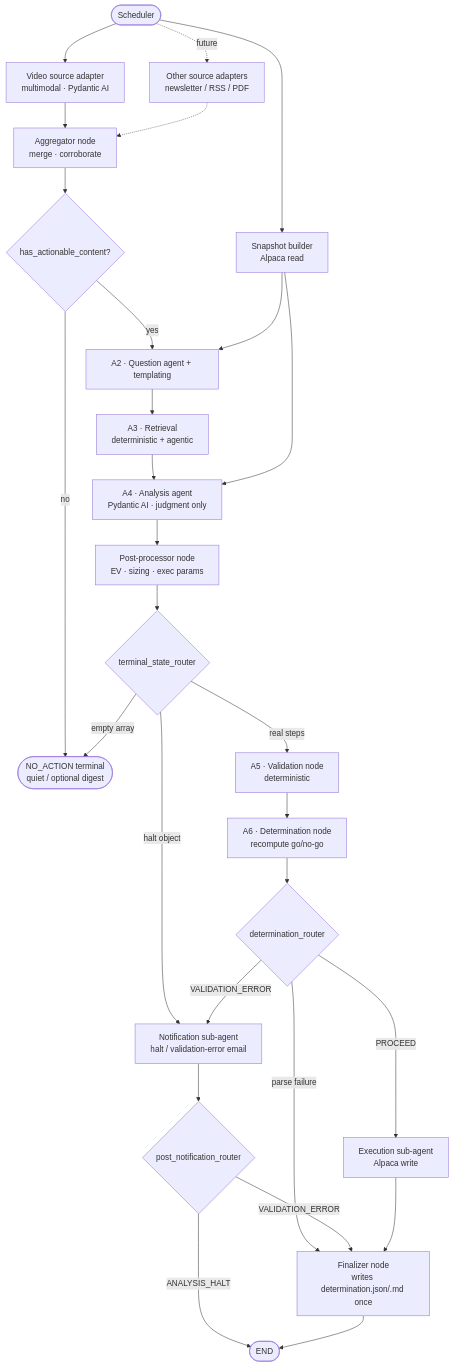
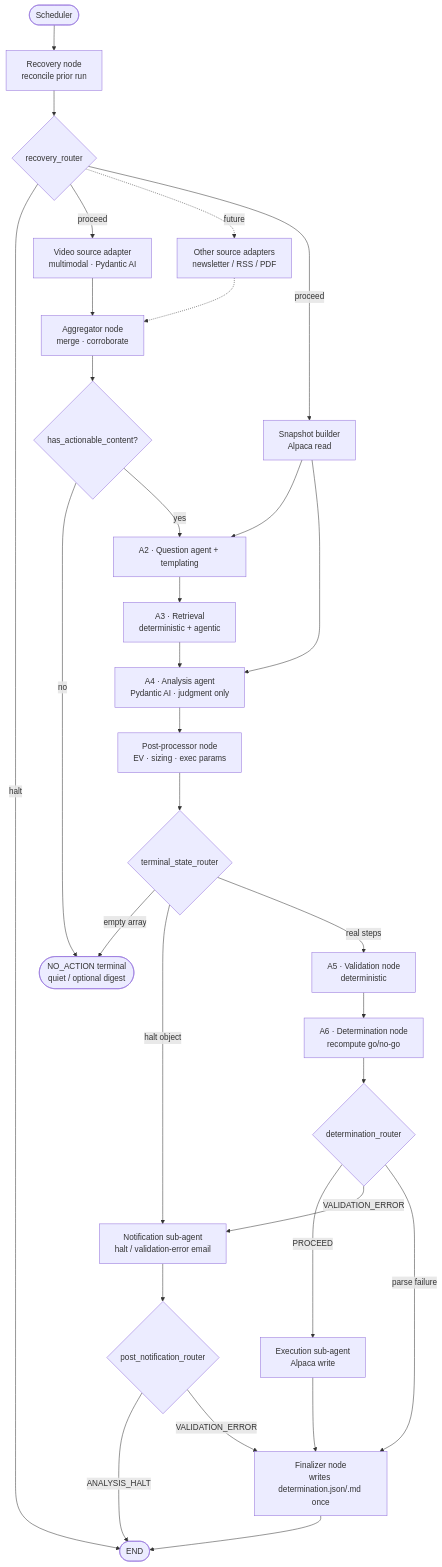
The diagram in docs/architecture.md (56kyle/money-pit), drawn with Mermaid before and after one commit. The commit also changed other lines of this file and 5 other files, not shown here.

````diff
--- a/docs/architecture.md
+++ b/docs/architecture.md
@@ -96,30 +96,33 @@
 ```mermaid
 flowchart TD
-    SCH([Scheduler]) --> VID[Video source adapter<br/>multimodal · Pydantic AI]
-    SCH -.future.-> SRC[Other source adapters<br/>newsletter / RSS / PDF]
-    SCH --> SNAP[Snapshot builder<br/>Alpaca read]
+    SCH([Scheduler]) --> REC[Recovery node<br/>reconcile prior run]
+    REC --> RR{recovery_router}
+    RR -- halt --> DONE
+    RR -- proceed --> VID[Video source adapter<br/>multimodal · Pydantic AI]
+    RR -.future.-> SRC[Other source adapters<br/>newsletter / RSS / PDF]
+    RR -- proceed --> SNAP[Snapshot builder<br/>Alpaca read]
     VID --> AGG[Aggregator node<br/>merge · corroborate]
     SRC -.-> AGG
     AGG --> G1{has_actionable_content?}
     G1 -- no --> NA([NO_ACTION terminal<br/>quiet / optional digest])
     G1 -- yes --> A2[A2 · Question agent + templating]
     SNAP --> A2
     A2 --> A3[A3 · Retrieval<br/>deterministic + agentic]
     A3 --> A4[A4 · Analysis agent<br/>Pydantic AI · judgment only]
     SNAP --> A4
     A4 --> PP[Post-processor node<br/>EV · sizing · exec params]
     PP --> T{terminal_state_router}
     T -- empty array --> NA
     T -- halt object --> NOT[Notification sub-agent<br/>halt / validation-error email]
     T -- real steps --> A5[A5 · Validation node<br/>deterministic]
     A5 --> A6[A6 · Determination node<br/>recompute go/no-go]
     A6 --> DR{determination_router}
     DR -- PROCEED --> EX[Execution sub-agent<br/>Alpaca write]
     DR -- VALIDATION_ERROR --> NOT
     DR -- parse failure --> FIN
     NOT --> PNR{post_notification_router}
     PNR -- ANALYSIS_HALT --> DONE([END])
     PNR -- VALIDATION_ERROR --> FIN
     EX --> FIN[Finalizer node<br/>writes determination.json/.md once]
     FIN --> DONE
 ```
````
